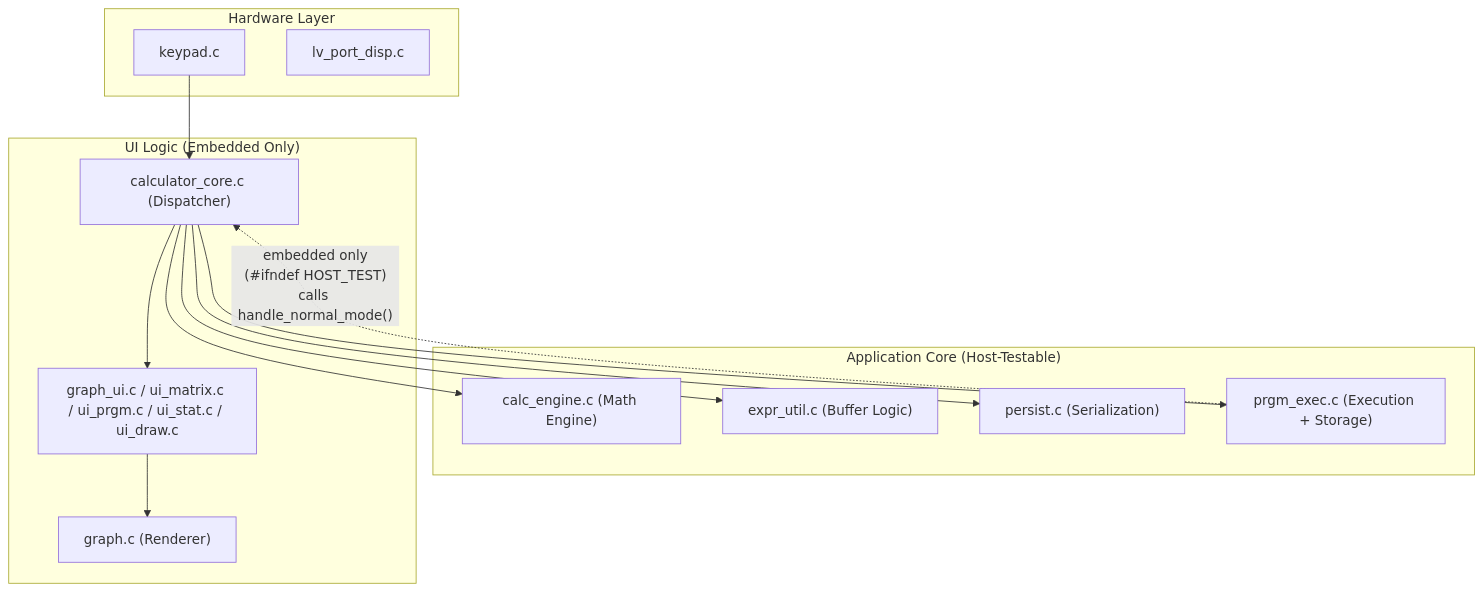
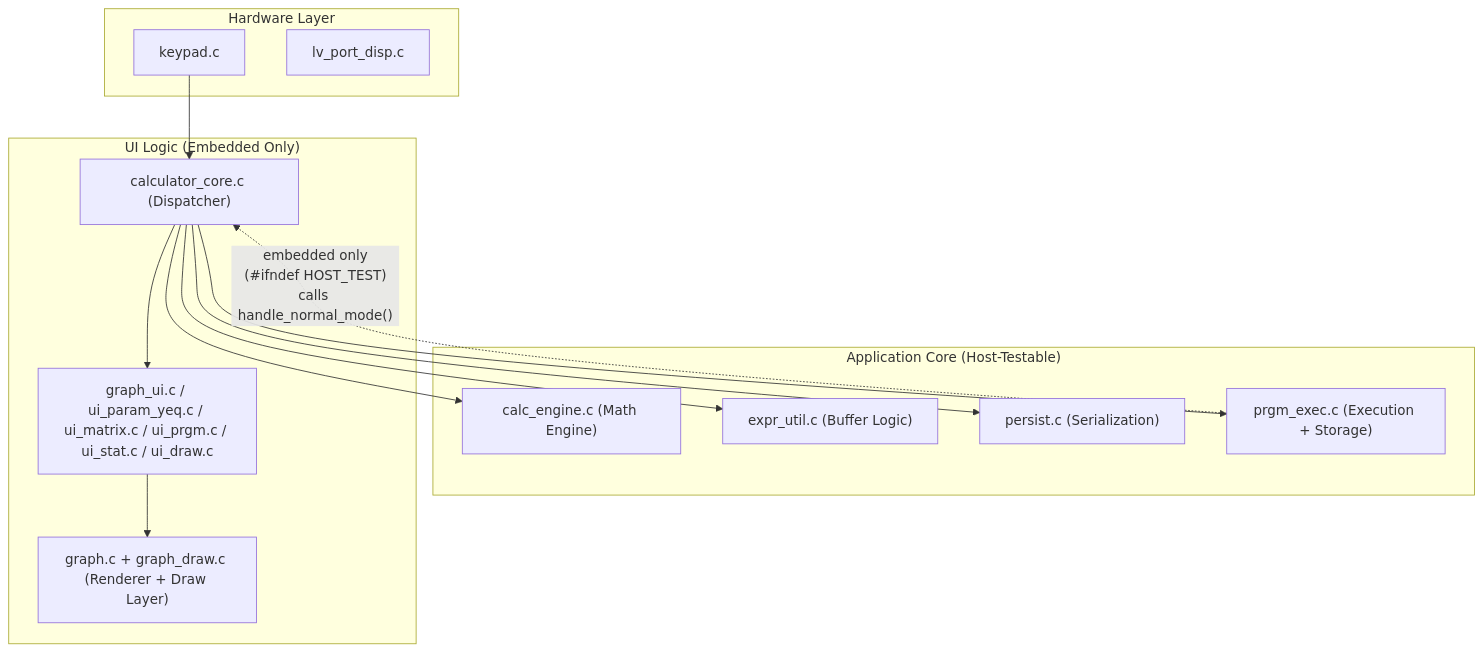
The second of 2 diagrams in docs/ARCHITECTURE.md (mndxc/STM32F429-TI81-Calculator), drawn with Mermaid before and after one commit. The commit also changed 1 other file, not shown here.

Commit message:
docs: add graph_draw and ui_param_yeq to project structure listings
Missed artifact-trigger update from the two refactor commits:
- docs/TECHNICAL.md: graph_draw.c/.h and ui_param_yeq.c/.h added to
  App/Src and App/Inc project structure listings; graph.h and graph_ui.h
  one-liners updated; memory layout % updated (RAM 49→47%, FLASH 36→38%)
- docs/ARCHITECTURE.md: Mermaid GUI node updated to include ui_param_yeq.c;
  graph.c node updated to reflect graph_draw.c split
- scripts/check_sync.sh now exits 0 (86 passed, 0 failed)

Complexity: neutral

````diff
--- a/docs/ARCHITECTURE.md
+++ b/docs/ARCHITECTURE.md
@@ -47,29 +47,29 @@
 ```mermaid
 graph TD
     subgraph "Hardware Layer"
         HW_K["keypad.c"]
         HW_D["lv_port_disp.c"]
     end
 
     subgraph "Application Core (Host-Testable)"
         CE["calc_engine.c (Math Engine)"]
         EU["expr_util.c (Buffer Logic)"]
         PE["persist.c (Serialization)"]
         PRE["prgm_exec.c (Execution + Storage)"]
     end
 
     subgraph "UI Logic (Embedded Only)"
         CC["calculator_core.c (Dispatcher)"]
-        GUI["graph_ui.c / ui_matrix.c / ui_prgm.c / ui_stat.c / ui_draw.c"]
-        G["graph.c (Renderer)"]
+        GUI["graph_ui.c / ui_param_yeq.c / ui_matrix.c / ui_prgm.c / ui_stat.c / ui_draw.c"]
+        G["graph.c + graph_draw.c (Renderer + Draw Layer)"]
     end
 
     HW_K --> CC
     CC --> GUI
     CC --> CE
     CC --> EU
     CC --> PE
     CC --> PRE
     GUI --> G
     PRE -. "embedded only\n(#ifndef HOST_TEST)\ncalls handle_normal_mode()" .-> CC
 ```
````
